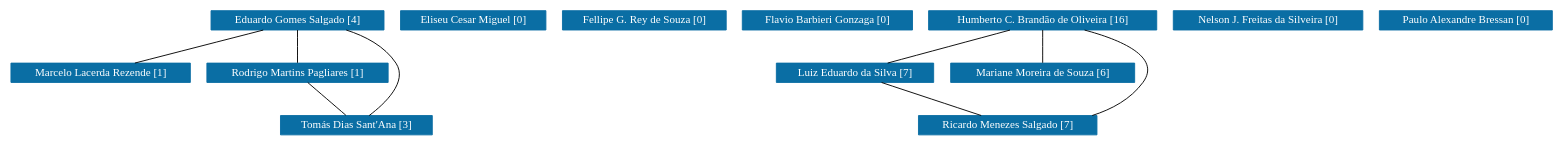
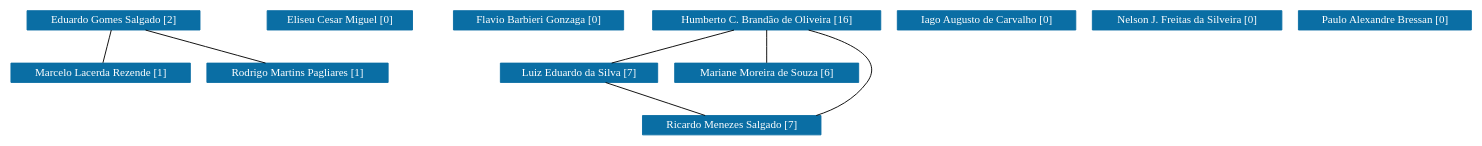
Before and after one commit to icamps/unifal-lattes.github.io: the diagram in dcc/grafoDeColaboracoesSemPesos.dot, drawn with Graphviz. The commit also changed 846 other files, not shown here.

```diff
--- a/dcc/grafoDeColaboracoesSemPesos.dot
+++ b/dcc/grafoDeColaboracoesSemPesos.dot
@@ -1,110 +1,101 @@
 strict graph grafo1 {
-	graph [bb="0,0,1386,135",
+	graph [bb="0,0,1307,135",
 		id=grafo1,
 		overlap=False
 	];
 	node [fontsize=12,
 		label="\N",
 		shape=rectangle,
 		style=filled
 	];
 	0	 [URL="membro-2363460036599181.html",
 		color="#0A6EA4",
 		fontcolor="#FFFFFF",
 		height=0.29167,
-		label="Eduardo Gomes Salgado [4]",
-		pos="254.5,124.5",
+		label="Eduardo Gomes Salgado [2]",
+		pos="166.5,124.5",
 		width=2.1111];
 	6	 [URL="membro-6453091384982419.html",
 		color="#0A6EA4",
 		fontcolor="#FFFFFF",
 		height=0.29167,
 		label="Marcelo Lacerda Rezende [1]",
 		pos="78.5,67.5",
 		width=2.1806];
-	0 -- 6	 [pos="221.81,113.91 190.2,103.67 142.57,88.25 111.02,78.031"];
+	0 -- 6	 [pos="149.95,113.78 134.21,103.59 110.69,88.348 94.978,78.173"];
 	11	 [URL="membro-1194178136211401.html",
 		color="#0A6EA4",
 		fontcolor="#FFFFFF",
 		height=0.29167,
 		label="Rodrigo Martins Pagliares [1]",
 		pos="254.5,67.5",
 		width=2.1944];
-	0 -- 11	 [pos="254.5,113.78 254.5,103.59 254.5,88.348 254.5,78.173"];
-	12	 [URL="membro-1722873559734250.html",
-		color="#0A6EA4",
-		fontcolor="#FFFFFF",
-		height=0.29167,
-		label="Tomás Dias Sant'Ana [3]",
-		pos="308.5,10.5",
-		width=1.875];
-	0 -- 12	 [pos="294.01,113.93 312.13,106.9 331.89,95.612 342.5,78 354.15,58.67 334.8,34.844 320.84,21.289"];
-	11 -- 12	 [pos="264.66,56.779 274.31,46.588 288.75,31.348 298.39,21.173"];
+	0 -- 11	 [pos="183.05,113.78 198.79,103.59 222.31,88.348 238.02,78.173"];
 	1	 [URL="membro-6883421018811339.html",
 		color="#0A6EA4",
 		fontcolor="#FFFFFF",
 		height=0.29167,
 		label="Eliseu Cesar Miguel [0]",
-		pos="413.5,124.5",
+		pos="325.5,124.5",
 		width=1.7917];
-	2	 [URL="membro-8889388173781632.html",
-		color="#0A6EA4",
-		fontcolor="#FFFFFF",
-		height=0.29167,
-		label="Fellipe G. Rey de Souza [0]",
-		pos="570.5,124.5",
-		width=2.0694];
-	3	 [URL="membro-1310310705488241.html",
+	2	 [URL="membro-1310310705488241.html",
 		color="#0A6EA4",
 		fontcolor="#FFFFFF",
 		height=0.29167,
 		label="Flavio Barbieri Gonzaga [0]",
-		pos="738.5,124.5",
+		pos="483.5,124.5",
 		width=2.0972];
-	4	 [URL="membro-3832045632369639.html",
+	3	 [URL="membro-3832045632369639.html",
 		color="#0A6EA4",
 		fontcolor="#FFFFFF",
 		height=0.29167,
 		label="Humberto C. Brandão de Oliveira [16]",
-		pos="932.5,124.5",
+		pos="677.5,124.5",
 		width=2.7778];
 	5	 [URL="membro-5459510407019521.html",
 		color="#0A6EA4",
 		fontcolor="#FFFFFF",
 		height=0.29167,
 		label="Luiz Eduardo da Silva [7]",
-		pos="764.5,67.5",
+		pos="509.5,67.5",
 		width=1.9444];
-	4 -- 5	 [pos="901.29,113.91 871.12,103.67 825.66,88.25 795.54,78.031"];
+	3 -- 5	 [pos="646.29,113.91 616.12,103.67 570.66,88.25 540.54,78.031"];
 	7	 [URL="membro-9682825029495702.html",
 		color="#0A6EA4",
 		fontcolor="#FFFFFF",
 		height=0.29167,
 		label="Mariane Moreira de Souza [6]",
-		pos="932.5,67.5",
+		pos="677.5,67.5",
 		width=2.2222];
-	4 -- 7	 [pos="932.5,113.78 932.5,103.59 932.5,88.348 932.5,78.173"];
+	3 -- 7	 [pos="677.5,113.78 677.5,103.59 677.5,88.348 677.5,78.173"];
 	10	 [URL="membro-8918198224706238.html",
 		color="#0A6EA4",
 		fontcolor="#FFFFFF",
 		height=0.29167,
 		label="Ricardo Menezes Salgado [7]",
-		pos="902.5,10.5",
+		pos="647.5,10.5",
 		width=2.1806];
-	4 -- 10	 [pos="968.04,113.95 999.86,102.58 1039,82.624 1021.5,57 1012.2,43.399 973.66,29.931 942.92,21.017"];
-	5 -- 10	 [pos="790.13,56.912 814.92,46.674 852.26,31.25 877,21.031"];
+	3 -- 10	 [pos="713.04,113.95 744.86,102.58 784,82.624 766.5,57 757.21,43.399 718.66,29.931 687.92,21.017"];
+	5 -- 10	 [pos="535.13,56.912 559.92,46.674 597.26,31.25 622,21.031"];
+	4	 [URL="membro-9975041225831602.html",
+		color="#0A6EA4",
+		fontcolor="#FFFFFF",
+		height=0.29167,
+		label="Iago Augusto de Carvalho [0]",
+		pos="874.5,124.5",
+		width=2.1944];
 	8	 [URL="membro-6853382226977684.html",
 		color="#0A6EA4",
 		fontcolor="#FFFFFF",
 		height=0.29167,
 		label="Nelson J. Freitas da Silveira [0]",
-		pos="1132.5,124.5",
+		pos="1053.5,124.5",
 		width=2.2778];
 	9	 [URL="membro-0231239253253477.html",
 		color="#0A6EA4",
 		fontcolor="#FFFFFF",
 		height=0.29167,
 		label="Paulo Alexandre Bressan [0]",
-		pos="1309.5,124.5",
+		pos="1230.5,124.5",
 		width=2.125];
 }
```
